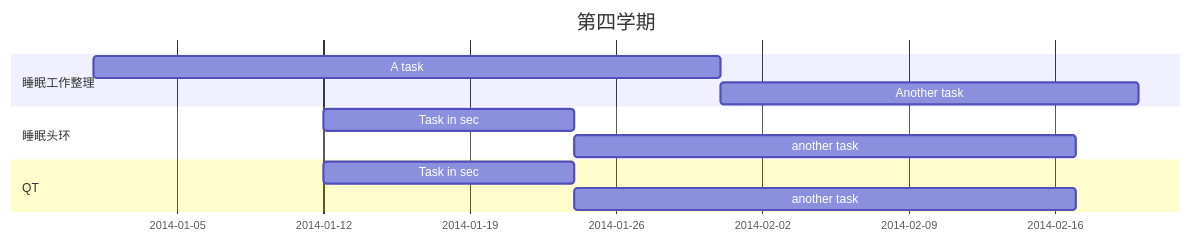
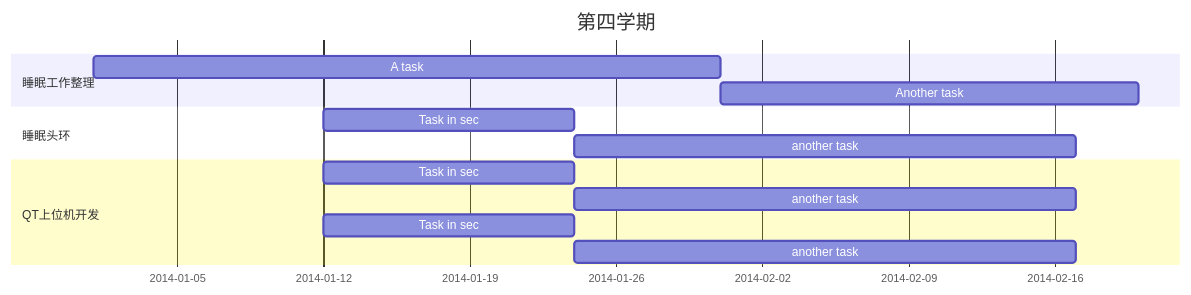
One commit to ChangMY-TJU/iodraw-files changed the diagram in all/代码甘特图.md. Above: the diagram before and after it, drawn with Mermaid.

Commit message:
2026-03-27 14:35:06 update

````diff
--- a/all/代码甘特图.md
+++ b/all/代码甘特图.md
@@ -1,15 +1,17 @@
 ```mermaid
 gantt
     title 第四学期
     dateFormat  YYYY-MM-DD
     section 睡眠工作整理
     A task           :a1, 2014-01-01, 30d
     Another task     :after a1  , 20d
     section 睡眠头环
     Task in sec      :2014-01-12  , 12d
     another task      : 24d
-    section QT
+    section QT上位机开发
     Task in sec      :2014-01-12  , 12d
     another task      : 24d
-
+    section QT上位机开发
+    Task in sec      :2014-01-12  , 12d
+    another task      : 24d
 ```
````
